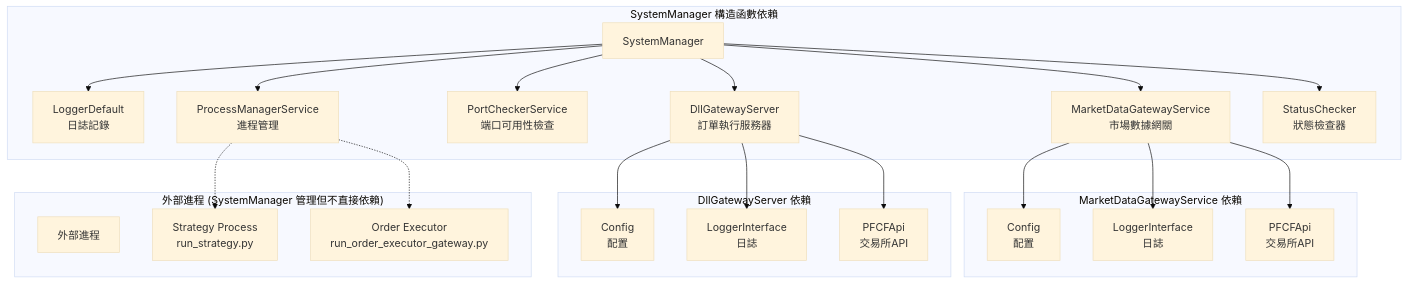
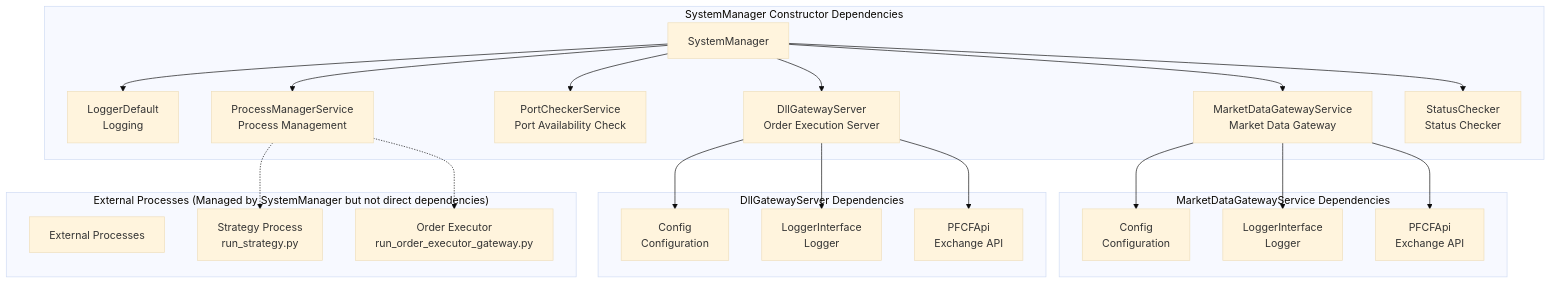
One commit to ttpss930141011/auto-futures-trading-machine changed diagram 11 of 11 in docs/architecture/DETAILED_FLOW_DIAGRAMS.md. Above: the diagram before and after it, drawn with Mermaid (base theme). The commit also changed other lines of this file and 6 other files, not shown here.

````diff
--- a/docs/architecture/DETAILED_FLOW_DIAGRAMS.md
+++ b/docs/architecture/DETAILED_FLOW_DIAGRAMS.md
@@ -416,34 +416,34 @@
 ```mermaid
 graph TB
-    subgraph "SystemManager 構造函數依賴"
+    subgraph "SystemManager Constructor Dependencies"
         SM[SystemManager]
         
-        SM --> Logger[LoggerDefault<br/>日誌記錄]
-        SM --> DGS[DllGatewayServer<br/>訂單執行服務器]
-        SM --> PC[PortCheckerService<br/>端口可用性檢查]
-        SM --> MDG[MarketDataGatewayService<br/>市場數據網關]
-        SM --> PM[ProcessManagerService<br/>進程管理]
-        SM --> SC[StatusChecker<br/>狀態檢查器]
+        SM --> Logger[LoggerDefault<br/>Logging]
+        SM --> DGS[DllGatewayServer<br/>Order Execution Server]
+        SM --> PC[PortCheckerService<br/>Port Availability Check]
+        SM --> MDG[MarketDataGatewayService<br/>Market Data Gateway]
+        SM --> PM[ProcessManagerService<br/>Process Management]
+        SM --> SC[StatusChecker<br/>Status Checker]
     end
     
-    subgraph "MarketDataGatewayService 依賴"
-        MDG --> Config1[Config<br/>配置]
-        MDG --> Logger1[LoggerInterface<br/>日誌]
-        MDG --> PFCF1[PFCFApi<br/>交易所API]
+    subgraph "MarketDataGatewayService Dependencies"
+        MDG --> Config1[Config<br/>Configuration]
+        MDG --> Logger1[LoggerInterface<br/>Logger]
+        MDG --> PFCF1[PFCFApi<br/>Exchange API]
     end
     
-    subgraph "DllGatewayServer 依賴"
-        DGS --> Config2[Config<br/>配置]
-        DGS --> Logger2[LoggerInterface<br/>日誌] 
-        DGS --> PFCF2[PFCFApi<br/>交易所API]
+    subgraph "DllGatewayServer Dependencies"
+        DGS --> Config2[Config<br/>Configuration]
+        DGS --> Logger2[LoggerInterface<br/>Logger] 
+        DGS --> PFCF2[PFCFApi<br/>Exchange API]
     end
     
-    subgraph "外部進程 (SystemManager 管理但不直接依賴)"
-        ExtProc[外部進程]
+    subgraph "External Processes (Managed by SystemManager but not direct dependencies)"
+        ExtProc[External Processes]
         Strategy[Strategy Process<br/>run_strategy.py]
         OrderExec[Order Executor<br/>run_order_executor_gateway.py]
     end
     
     PM -.-> Strategy
     PM -.-> OrderExec
 ```
````
